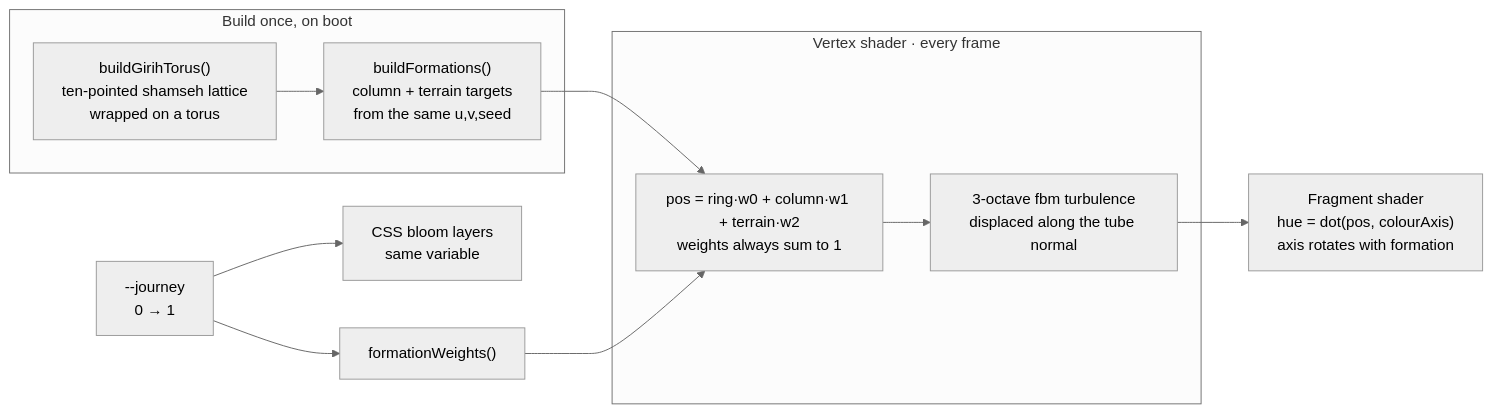
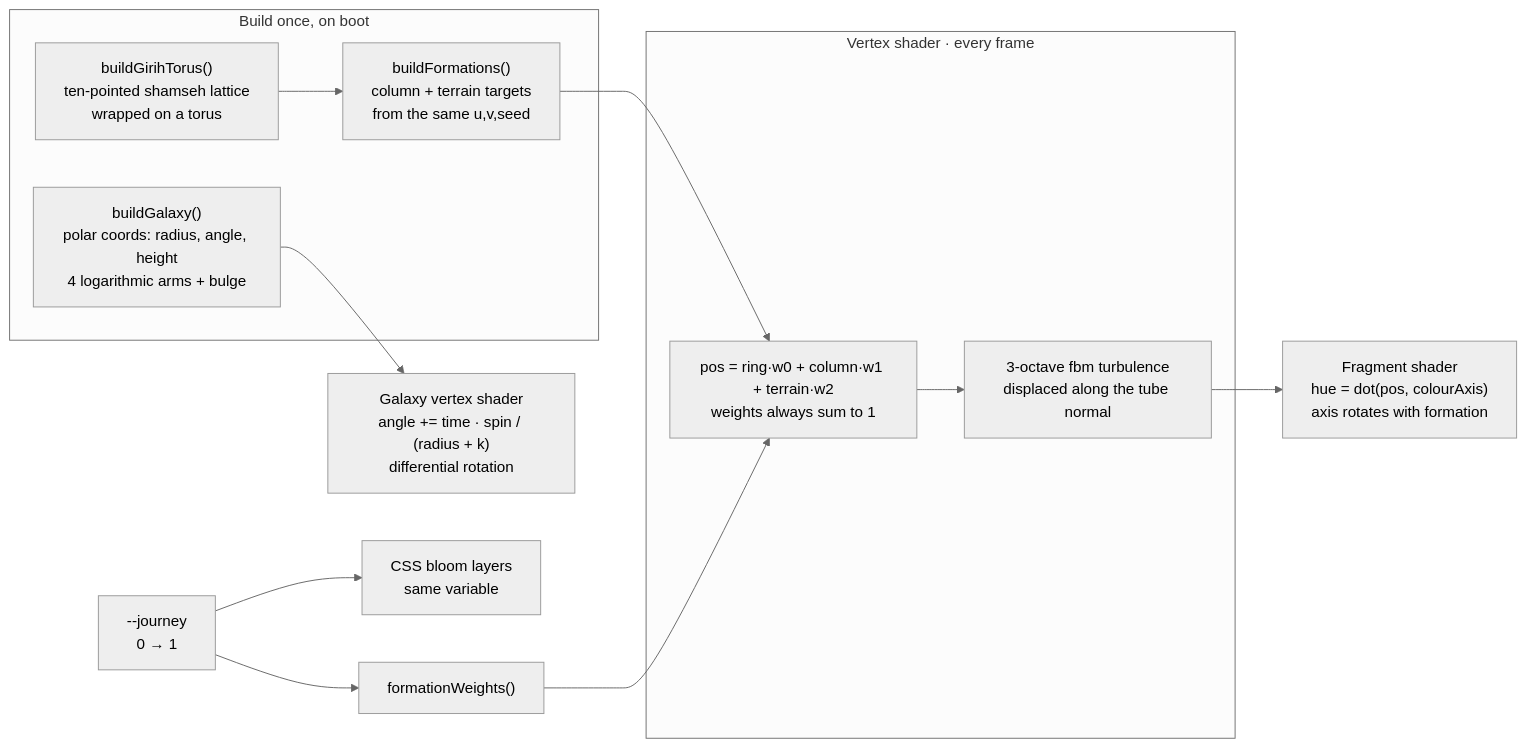
One commit to Dr-Bagheri/neurai changed the sixth of 9 diagrams in docs/DIAGRAMS.md. Above: the diagram before and after it, drawn with Mermaid (neutral theme). The commit also changed other lines of this file and 10 other files, not shown here.

````diff
--- a/docs/DIAGRAMS.md
+++ b/docs/DIAGRAMS.md
@@ -290,21 +292,24 @@
 ```mermaid
 flowchart LR
     subgraph build["Build once, on boot"]
         girih["buildGirihTorus()<br/>ten-pointed shamseh lattice<br/>wrapped on a torus"]
         forms["buildFormations()<br/>column + terrain targets<br/>from the same u,v,seed"]
+        gal["buildGalaxy()<br/>polar coords: radius, angle, height<br/>4 logarithmic arms + bulge"]
         girih --> forms
     end
+
+    gal --> galshader["Galaxy vertex shader<br/>angle += time · spin / (radius + k)<br/>differential rotation"]
 
     subgraph gpu["Vertex shader · every frame"]
         blend["pos = ring·w0 + column·w1 + terrain·w2<br/>weights always sum to 1"]
         turb["3-octave fbm turbulence<br/>displaced along the tube normal"]
         blend --> turb
     end
 
     forms --> blend
     scroll["--journey<br/>0 → 1"] --> weights["formationWeights()"]
     weights --> blend
     scroll --> css["CSS bloom layers<br/>same variable"]
 
     turb --> frag["Fragment shader<br/>hue = dot(pos, colourAxis)<br/>axis rotates with formation"]
 ```
````
